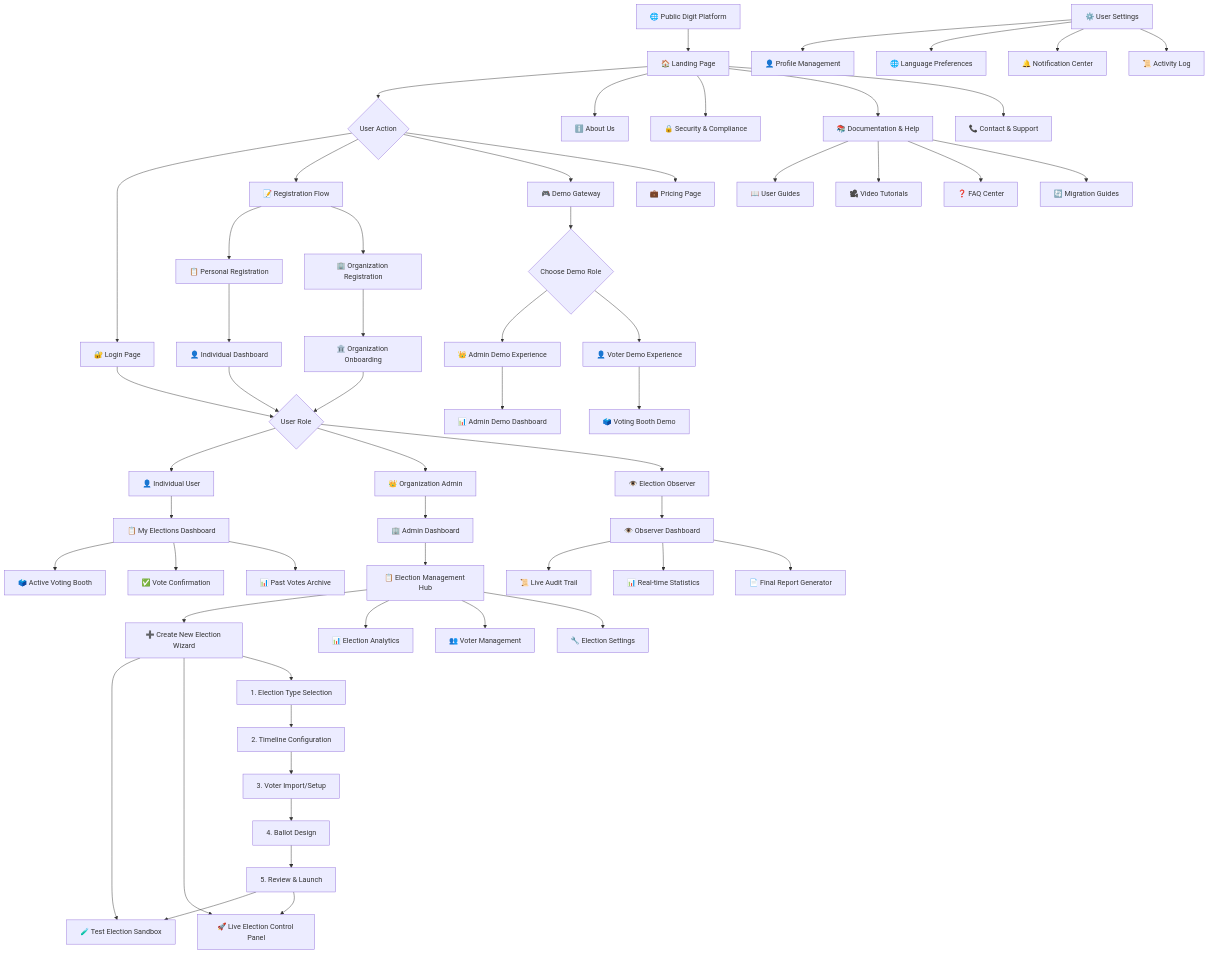
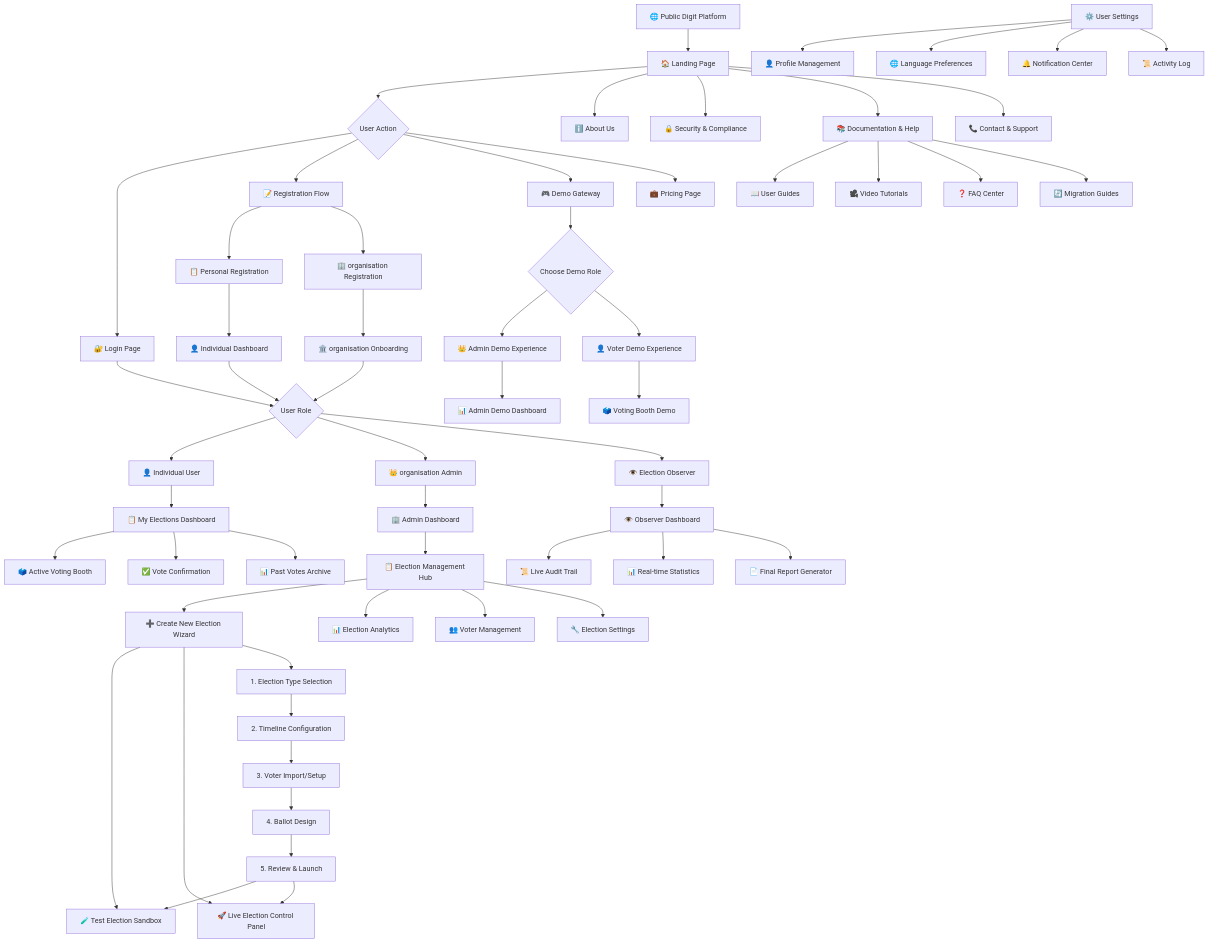
One commit to dr-roshyara/nrna1 changed the first of 2 diagrams in architecture/brain_storming/page_structure1.md. Above: the diagram before and after it, drawn with Mermaid. The commit also changed other lines of this file and 379 other files, not shown here.

```diff
--- a/architecture/brain_storming/page_structure1.md
+++ b/architecture/brain_storming/page_structure1.md
@@ -15,10 +15,10 @@
     
     %% Registration Flow
     E --> E1[📋 Personal Registration]
-    E --> E2[🏢 Organization Registration]
+    E --> E2[🏢 organisation Registration]
     
     E1 --> E3[👤 Individual Dashboard]
-    E2 --> E4[🏛️ Organization Onboarding]
+    E2 --> E4[🏛️ organisation Onboarding]
     
     %% Demo Gateway
     F --> F1{Choose Demo Role}
@@ -34,7 +34,7 @@
     E4 --> H
     
     H --> I[👤 Individual User]
-    H --> J[👑 Organization Admin]
+    H --> J[👑 organisation Admin]
     H --> K[👁️ Election Observer]
     
     %% Individual User Flow
@@ -43,7 +43,7 @@
     I1 --> I3[✅ Vote Confirmation]
     I1 --> I4[📊 Past Votes Archive]
     
-    %% Organization Admin Flow
+    %% organisation Admin Flow
     J --> J1[🏢 Admin Dashboard]
     
     J1 --> J2[📋 Election Management Hub]
```
